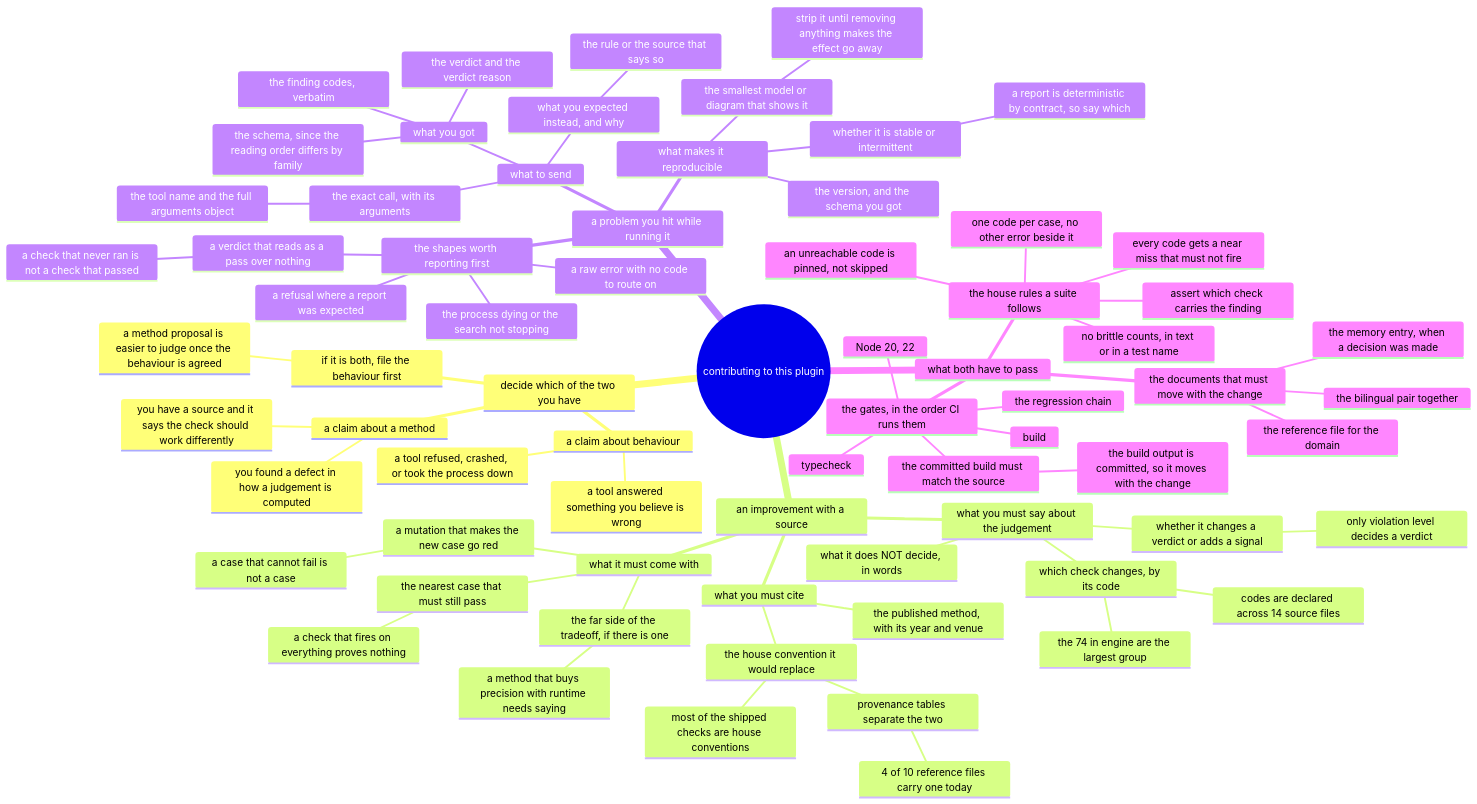
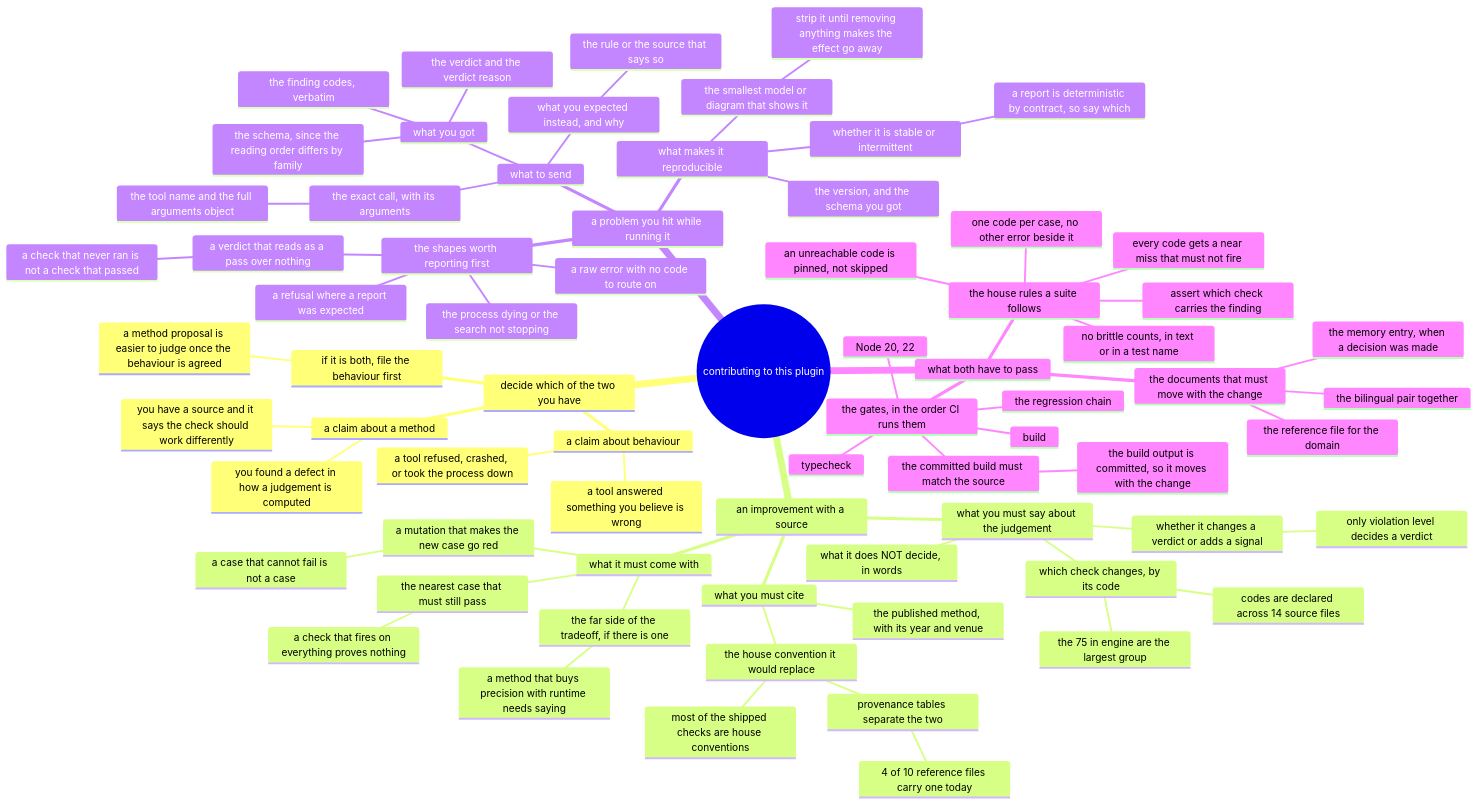
Before and after one commit to AmethystLuna/dsh-model-everything: the diagram in docs/contributing/mindmap.mmd, drawn with Mermaid. The commit also changed 4 other files, not shown here.

```diff
--- a/docs/contributing/mindmap.mmd
+++ b/docs/contributing/mindmap.mmd
@@ -1,72 +1,72 @@
 mindmap
 root((contributing to this plugin))
   decide which of the two you have
     a claim about a method
       you have a source and it says the check should work differently
       you found a defect in how a judgement is computed
     a claim about behaviour
       a tool answered something you believe is wrong
       a tool refused, crashed, or took the process down
     if it is both, file the behaviour first
       a method proposal is easier to judge once the behaviour is agreed
   an improvement with a source
     what you must cite
       the published method, with its year and venue
       the house convention it would replace
         provenance tables separate the two
           4 of 10 reference files carry one today
         most of the shipped checks are house conventions
     what you must say about the judgement
       which check changes, by its code
         codes are declared across 14 source files
-        the 74 in engine are the largest group
+        the 75 in engine are the largest group
       whether it changes a verdict or adds a signal
         only violation level decides a verdict
       what it does NOT decide, in words
     what it must come with
       the nearest case that must still pass
         a check that fires on everything proves nothing
       a mutation that makes the new case go red
         a case that cannot fail is not a case
       the far side of the tradeoff, if there is one
         a method that buys precision with runtime needs saying
   a problem you hit while running it
     what to send
       the exact call, with its arguments
         the tool name and the full arguments object
       what you got
         the verdict and the verdict reason
         the finding codes, verbatim
         the schema, since the reading order differs by family
       what you expected instead, and why
         the rule or the source that says so
     the shapes worth reporting first
       a verdict that reads as a pass over nothing
         a check that never ran is not a check that passed
       a refusal where a report was expected
       a raw error with no code to route on
       the process dying or the search not stopping
     what makes it reproducible
       the smallest model or diagram that shows it
         strip it until removing anything makes the effect go away
       the version, and the schema you got
       whether it is stable or intermittent
         a report is deterministic by contract, so say which
   what both have to pass
     the gates, in the order CI runs them
       Node 20, 22
       typecheck
       build
       the regression chain
       the committed build must match the source
         the build output is committed, so it moves with the change
     the house rules a suite follows
       one code per case, no other error beside it
       assert which check carries the finding
       every code gets a near miss that must not fire
       an unreachable code is pinned, not skipped
       no brittle counts, in text or in a test name
     the documents that must move with the change
       the reference file for the domain
       the memory entry, when a decision was made
       the bilingual pair together
```
